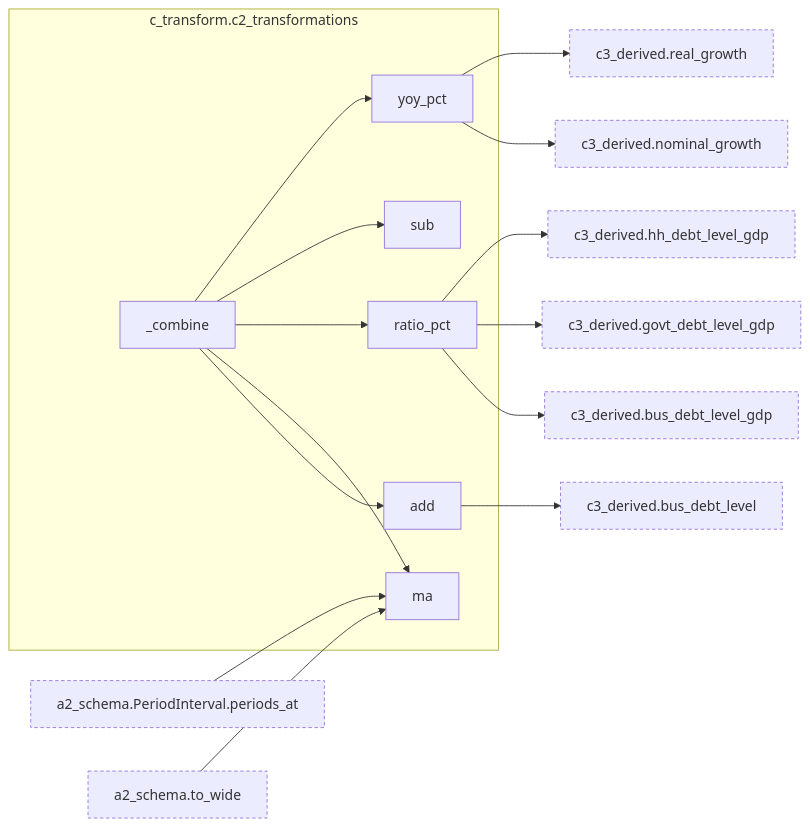
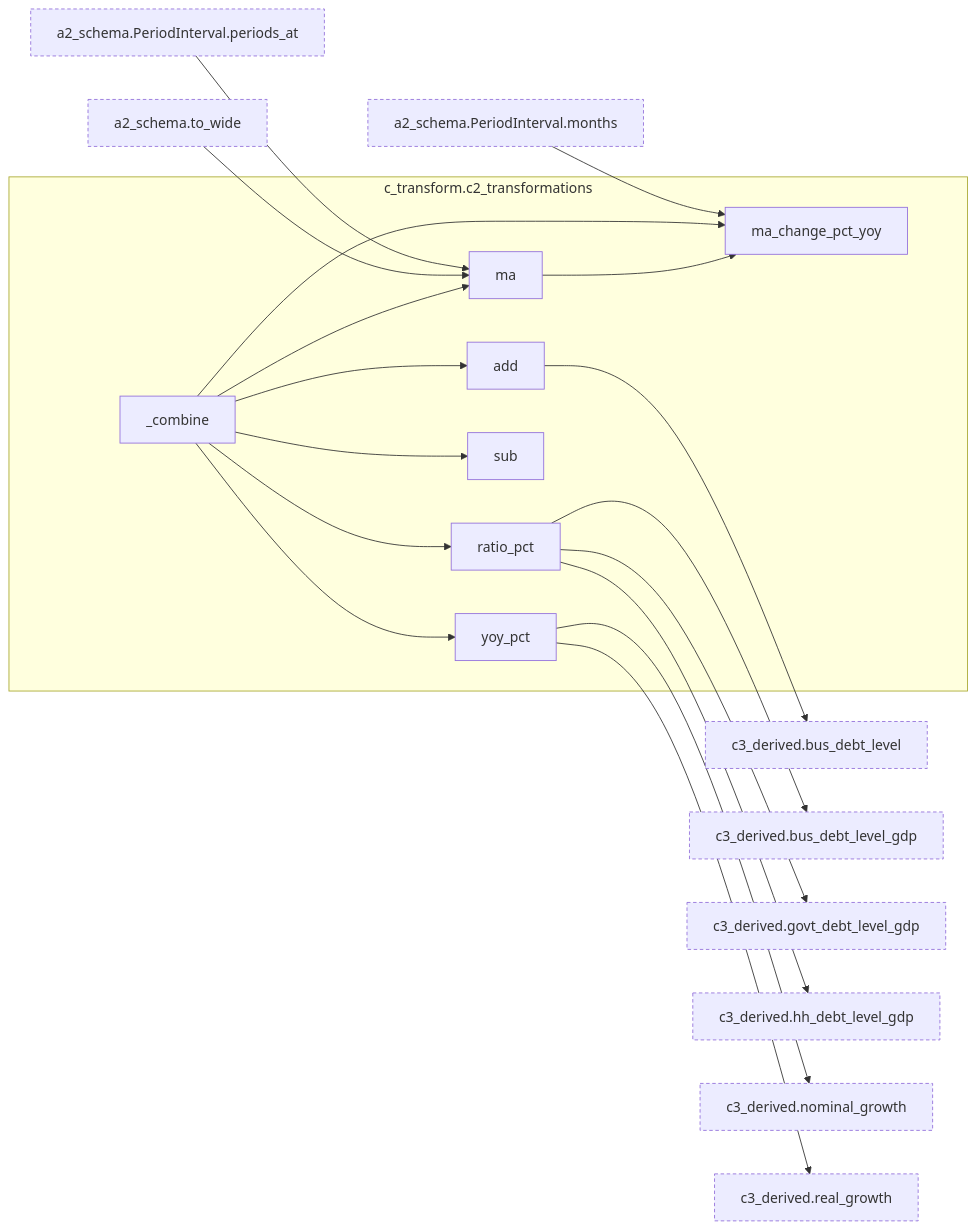
One commit to bsawyerg15/MacroScan changed diagram 12 of 15 in docs/architecture.md. Above: the diagram before and after it, drawn with Mermaid. The commit also changed other lines of this file and 8 other files, not shown here.

````diff
--- a/docs/architecture.md
+++ b/docs/architecture.md
@@ -971,47 +947,54 @@
 ```mermaid
 flowchart LR
   subgraph this["c_transform.c2_transformations"]
     n_c_transform_c2_transformations__combine["_combine"]
     n_c_transform_c2_transformations_add["add"]
     n_c_transform_c2_transformations_ma["ma"]
+    n_c_transform_c2_transformations_ma_change_pct_yoy["ma_change_pct_yoy"]
     n_c_transform_c2_transformations_ratio_pct["ratio_pct"]
     n_c_transform_c2_transformations_sub["sub"]
     n_c_transform_c2_transformations_yoy_pct["yoy_pct"]
   end
+  n_a_core_a2_schema_PeriodInterval_months["a2_schema.PeriodInterval.months"]:::ext
   n_a_core_a2_schema_PeriodInterval_periods_at["a2_schema.PeriodInterval.periods_at"]:::ext
   n_a_core_a2_schema_to_wide["a2_schema.to_wide"]:::ext
   n_c_transform_c3_derived_bus_debt_level["c3_derived.bus_debt_level"]:::ext
   n_c_transform_c3_derived_bus_debt_level_gdp["c3_derived.bus_debt_level_gdp"]:::ext
   n_c_transform_c3_derived_govt_debt_level_gdp["c3_derived.govt_debt_level_gdp"]:::ext
   n_c_transform_c3_derived_hh_debt_level_gdp["c3_derived.hh_debt_level_gdp"]:::ext
   n_c_transform_c3_derived_nominal_growth["c3_derived.nominal_growth"]:::ext
   n_c_transform_c3_derived_real_growth["c3_derived.real_growth"]:::ext
   n_c_transform_c2_transformations__combine --> n_c_transform_c2_transformations_add
   n_a_core_a2_schema_PeriodInterval_periods_at --> n_c_transform_c2_transformations_ma
   n_a_core_a2_schema_to_wide --> n_c_transform_c2_transformations_ma
   n_c_transform_c2_transformations__combine --> n_c_transform_c2_transformations_ma
+  n_a_core_a2_schema_PeriodInterval_months --> n_c_transform_c2_transformations_ma_change_pct_yoy
+  n_c_transform_c2_transformations__combine --> n_c_transform_c2_transformations_ma_change_pct_yoy
+  n_c_transform_c2_transformations_ma --> n_c_transform_c2_transformations_ma_change_pct_yoy
   n_c_transform_c2_transformations__combine --> n_c_transform_c2_transformations_ratio_pct
   n_c_transform_c2_transformations__combine --> n_c_transform_c2_transformations_sub
   n_c_transform_c2_transformations__combine --> n_c_transform_c2_transformations_yoy_pct
   n_c_transform_c2_transformations_add --> n_c_transform_c3_derived_bus_debt_level
   n_c_transform_c2_transformations_ratio_pct --> n_c_transform_c3_derived_bus_debt_level_gdp
   n_c_transform_c2_transformations_ratio_pct --> n_c_transform_c3_derived_govt_debt_level_gdp
   n_c_transform_c2_transformations_ratio_pct --> n_c_transform_c3_derived_hh_debt_level_gdp
   n_c_transform_c2_transformations_yoy_pct --> n_c_transform_c3_derived_nominal_growth
   n_c_transform_c2_transformations_yoy_pct --> n_c_transform_c3_derived_real_growth
+  click n_a_core_a2_schema_PeriodInterval_months href "#fn-a_core-a2_schema-PeriodInterval.months"
   click n_a_core_a2_schema_PeriodInterval_periods_at href "#fn-a_core-a2_schema-PeriodInterval.periods_at"
   click n_a_core_a2_schema_to_wide href "#fn-a_core-a2_schema-to_wide"
   click n_c_transform_c2_transformations__combine href "#fn-c_transform-c2_transformations-_combine"
   click n_c_transform_c2_transformations_add href "#fn-c_transform-c2_transformations-add"
   click n_c_transform_c2_transformations_ma href "#fn-c_transform-c2_transformations-ma"
+  click n_c_transform_c2_transformations_ma_change_pct_yoy href "#fn-c_transform-c2_transformations-ma_change_pct_yoy"
   click n_c_transform_c2_transformations_ratio_pct href "#fn-c_transform-c2_transformations-ratio_pct"
   click n_c_transform_c2_transformations_sub href "#fn-c_transform-c2_transformations-sub"
   click n_c_transform_c2_transformations_yoy_pct href "#fn-c_transform-c2_transformations-yoy_pct"
   click n_c_transform_c3_derived_bus_debt_level href "#fn-c_transform-c3_derived-bus_debt_level"
   click n_c_transform_c3_derived_bus_debt_level_gdp href "#fn-c_transform-c3_derived-bus_debt_level_gdp"
   click n_c_transform_c3_derived_govt_debt_level_gdp href "#fn-c_transform-c3_derived-govt_debt_level_gdp"
   click n_c_transform_c3_derived_hh_debt_level_gdp href "#fn-c_transform-c3_derived-hh_debt_level_gdp"
   click n_c_transform_c3_derived_nominal_growth href "#fn-c_transform-c3_derived-nominal_growth"
   click n_c_transform_c3_derived_real_growth href "#fn-c_transform-c3_derived-real_growth"
   classDef ext stroke-dasharray: 4 3
 ```
````
